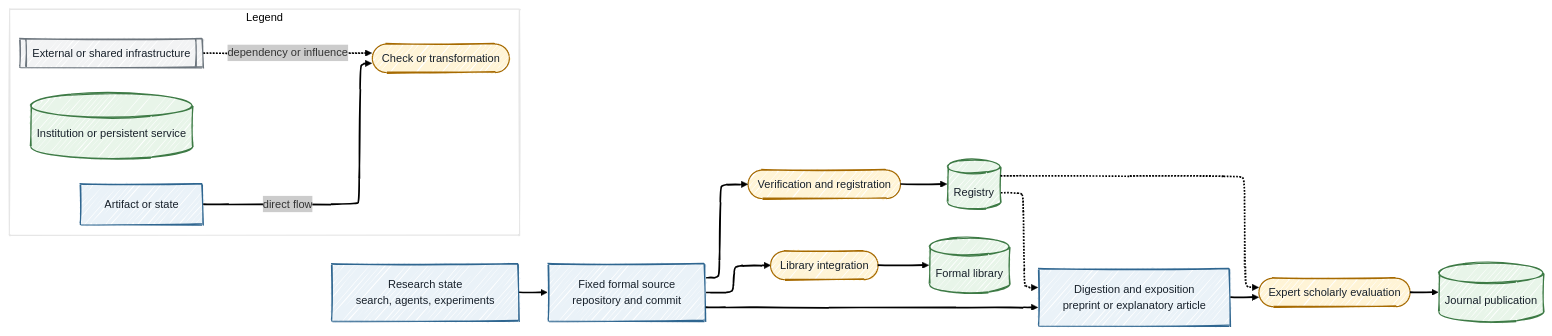
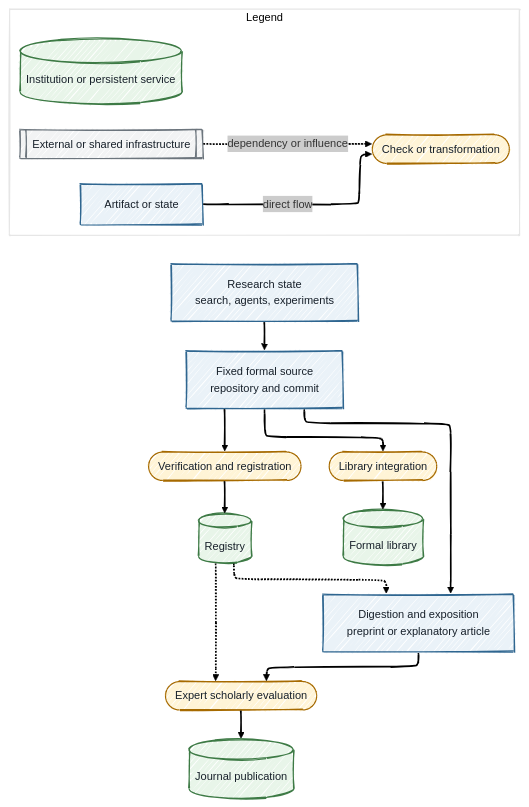
Before and after one commit to antomon/antomon.github.io: the sixth of 11 diagrams in posts/after-proof-abundance-palomar-and-the-new-infrastructure-of-mathematical-trust/index.qmd, drawn with Mermaid. The commit also changed other lines of this file and 94 other files, not shown here.

````diff
--- a/posts/after-proof-abundance-palomar-and-the-new-infrastructure-of-mathematical-trust/index.qmd
+++ b/posts/after-proof-abundance-palomar-and-the-new-infrastructure-of-mathematical-trust/index.qmd
@@ -468,29 +490,33 @@
 ```{mermaid}
 %%| label: fig-after-proof-abundance-palomar-and-the-new-infrastructure-of-mathematical-trust-publication-stack
 %%| fig-cap: 'A mathematical result can accumulate several distinct public artifacts and institutional attestations.'
 %%| fig-alt: 'A research state produces a fixed formal source. The source can undergo verification and registration to create a registry record, can support digestion and exposition, and can be integrated into a formal library. Registry evidence and exposition can feed expert scholarly evaluation that may produce journal publication. A legend identifies artifacts, processes, institutions, external infrastructure, and arrow meanings.'
 %%| fig-align: center
 %%{init: {"theme": "neo", "look": "handDrawn", "layout": "elk"}}%%
-flowchart LR
+flowchart TD
     W[Research state<br/>search, agents, experiments]:::artifact --> S[Fixed formal source<br/>repository and commit]:::artifact
     S --> P([Verification and registration]):::process
     P --> R[(Registry)]:::institution
     S --> E[Digestion and exposition<br/>preprint or explanatory article]:::artifact
     S --> L([Library integration]):::process
     L --> FL[(Formal library)]:::institution
     R -.-> J([Expert scholarly evaluation]):::process
     E --> J
     J --> PUB[(Journal publication)]:::institution
     R -.-> E
 
     subgraph LEG[Legend]
+        direction LR
+
         LA[Artifact or state]:::artifact -->|direct flow| LP([Check or transformation]):::process
         LI[(Institution or persistent service)]:::institution
         LX[[External or shared infrastructure]]:::external -.->|dependency or influence| LP
     end
+
+    LEG ~~~ W
 
     classDef artifact fill:#EAF2F8,stroke:#2F6690,color:#17202A,stroke-width:1.5px
     classDef process fill:#FFF4D6,stroke:#A66A00,color:#17202A,stroke-width:1.5px
     classDef institution fill:#E8F5E9,stroke:#3D7A45,color:#17202A,stroke-width:1.5px
     classDef external fill:#F2F3F4,stroke:#6C757D,color:#17202A,stroke-width:1.5px
 ```
````
